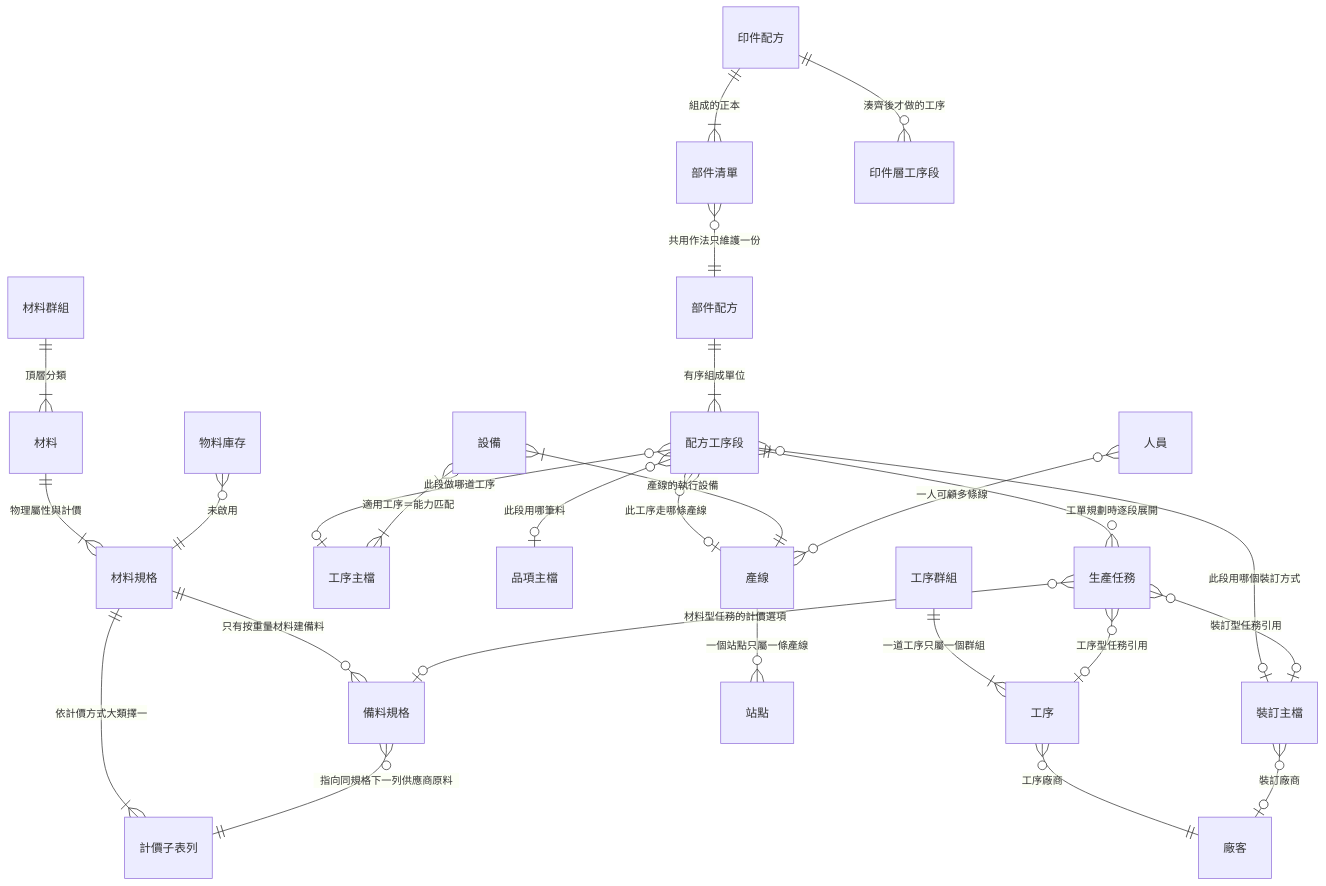
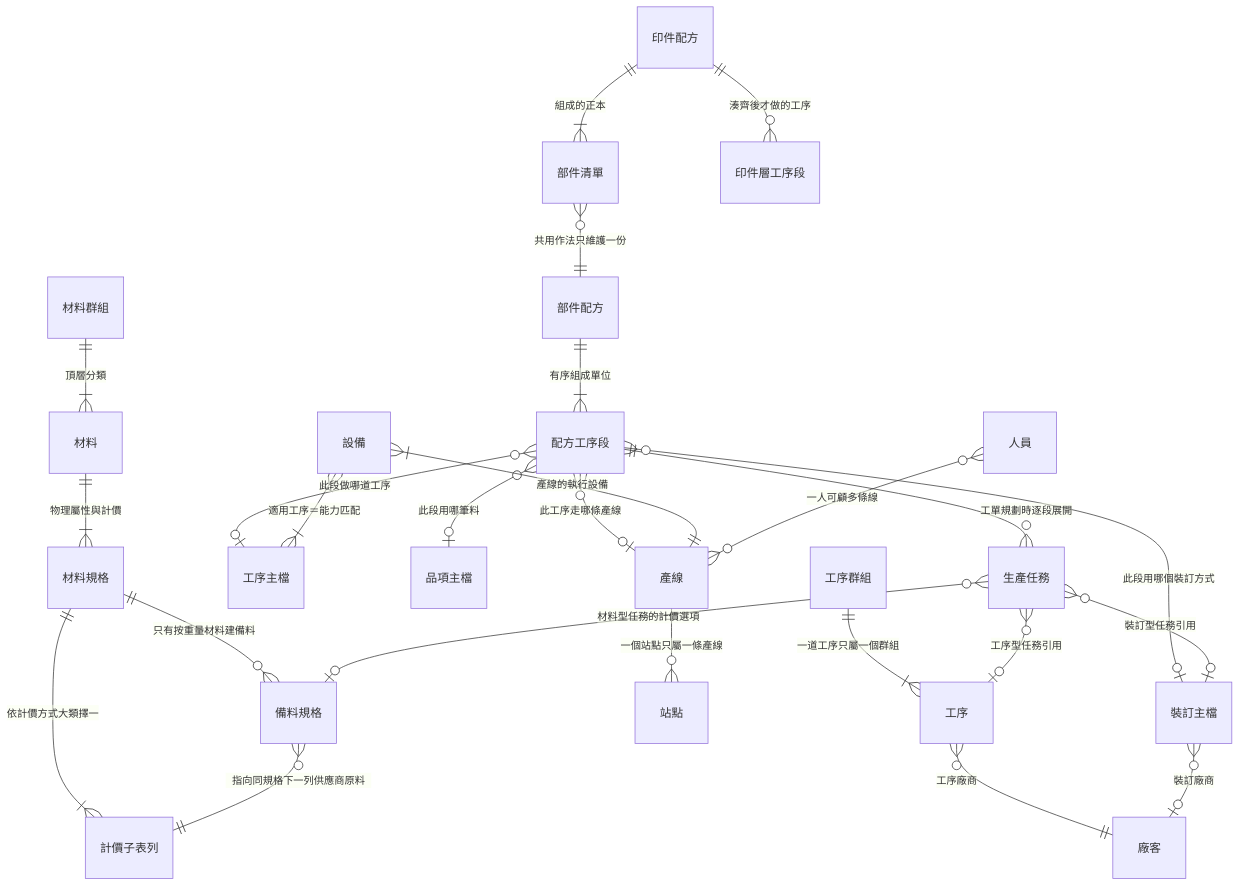
Before and after one commit to Kawato-Miles/erp-spec: the fourth of 9 diagrams in memory/Sens_wiki/wiki/erp/05-entities/ERP 資料結構總覽.md, drawn with Mermaid. The commit also changed other lines of this file and 124 other files, not shown here.

````diff
--- a/memory/Sens_wiki/wiki/erp/05-entities/ERP 資料結構總覽.md
+++ b/memory/Sens_wiki/wiki/erp/05-entities/ERP 資料結構總覽.md
@@ -158,28 +155,27 @@
 ```mermaid
 erDiagram
     "印件配方" ||--|{ "部件清單" : "組成的正本"
     "部件清單" }o--|| "部件配方" : "共用作法只維護一份"
     "印件配方" ||--o{ "印件層工序段" : "湊齊後才做的工序"
     "部件配方" ||--|{ "配方工序段" : "有序組成單位"
     "配方工序段" ||--o{ "生產任務" : "工單規劃時逐段展開"
     "配方工序段" }o--o| "工序主檔" : "此段做哪道工序"
     "配方工序段" }o--o| "品項主檔" : "此段用哪筆料"
     "配方工序段" }o--o| "裝訂主檔" : "此段用哪個裝訂方式"
     "配方工序段" }o--o| "產線" : "此工序走哪條產線"
     "工序群組" ||--|{ "工序" : "一道工序只屬一個群組"
     "工序" }o--|| "廠客" : "工序廠商"
     "設備" }|--|| "產線" : "產線的執行設備"
     "產線" ||--o{ "站點" : "一個站點只屬一條產線"
     "設備" }|--|{ "工序主檔" : "適用工序＝能力匹配"
     "材料群組" ||--|{ "材料" : "頂層分類"
     "材料" ||--|{ "材料規格" : "物理屬性與計價"
     "材料規格" ||--|{ "計價子表列" : "依計價方式大類擇一"
     "材料規格" ||--o{ "備料規格" : "只有按重量材料建備料"
     "備料規格" }o--|| "計價子表列" : "指向同規格下一列供應商原料"
     "生產任務" }o--o| "備料規格" : "材料型任務的計價選項"
     "生產任務" }o--o| "工序" : "工序型任務引用"
     "生產任務" }o--o| "裝訂主檔" : "裝訂型任務引用"
     "裝訂主檔" }o--o| "廠客" : "裝訂廠商"
-    "物料庫存" }o--|| "材料規格" : "未啟用"
     "人員" }o--o{ "產線" : "一人可顧多條線"
 ```
````
